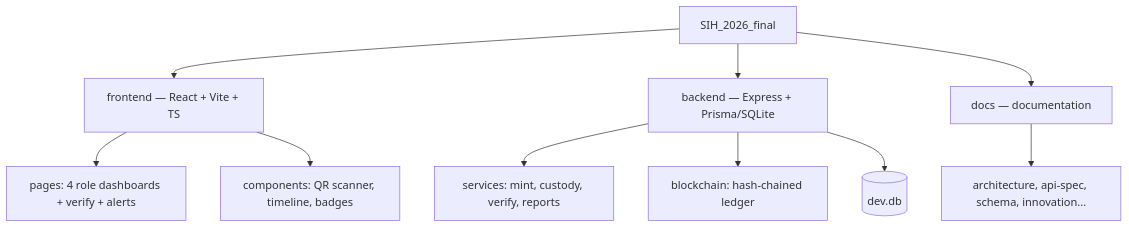
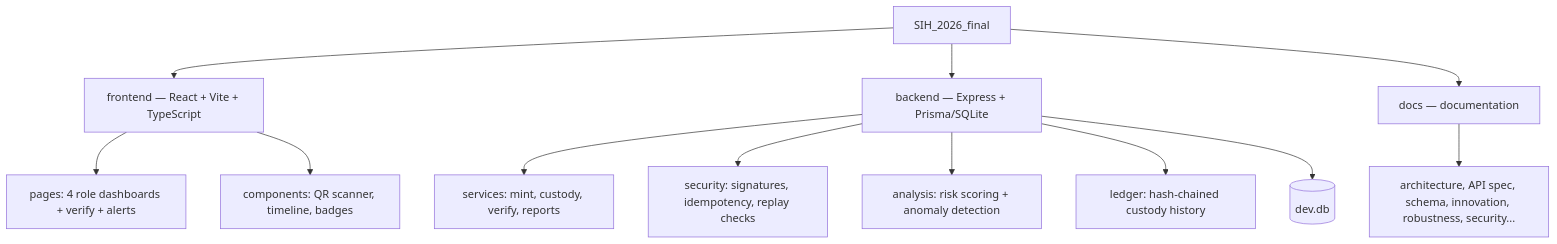
One commit to tanaymitra54/sih_2026 changed the tenth of 10 diagrams in README.md. Above: the diagram before and after it, drawn with Mermaid. The commit also changed other lines of this file, not shown here.

````diff
--- a/README.md
+++ b/README.md
@@ -113,12 +962,21 @@
 ```mermaid
 graph TD
-    R[SIH_2026_final] --> FE[frontend — React + Vite + TS]
+
+    R[SIH_2026_final]
+
+    R --> FE[frontend — React + Vite + TypeScript]
     R --> BE[backend — Express + Prisma/SQLite]
     R --> DOC[docs — documentation]
+
     FE --> P1[pages: 4 role dashboards + verify + alerts]
     FE --> C1[components: QR scanner, timeline, badges]
+
     BE --> S1[services: mint, custody, verify, reports]
-    BE --> L1[blockchain: hash-chained ledger]
+    BE --> SEC[security: signatures, idempotency, replay checks]
+    BE --> DET[analysis: risk scoring + anomaly detection]
+    BE --> L1[ledger: hash-chained custody history]
+
     BE --> DB[(dev.db)]
-    DOC --> A1[architecture, api-spec, schema, innovation...]
+
+    DOC --> A1[architecture, API spec, schema, innovation, robustness, security...]
 ```
````
